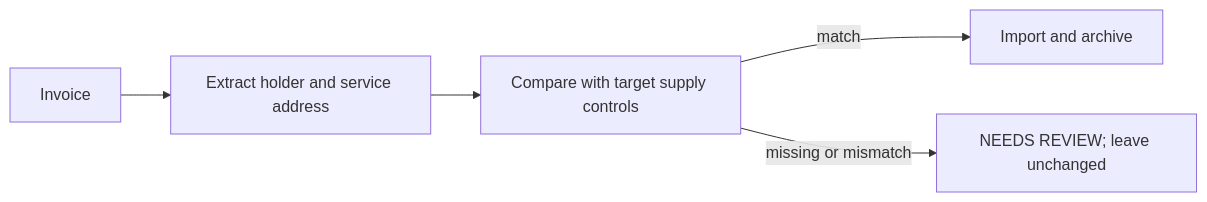
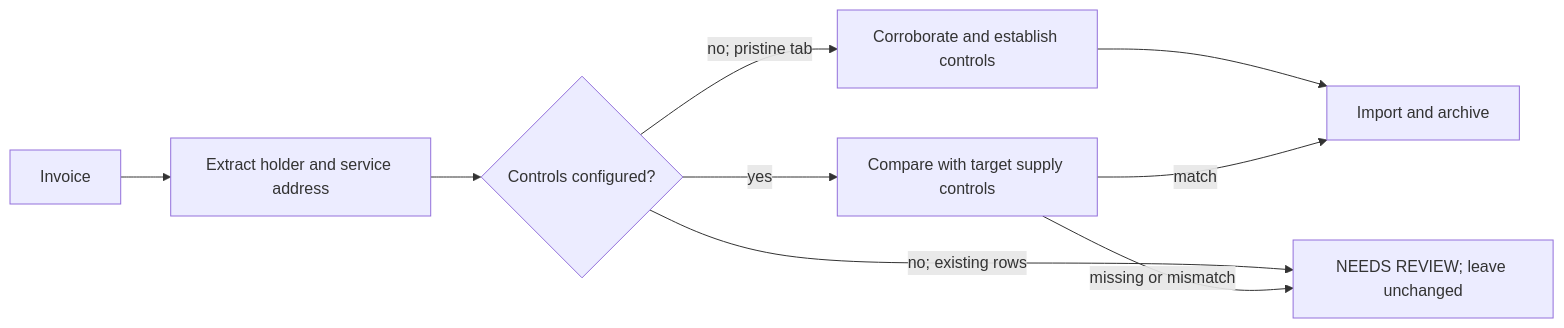
One commit to marcomc/Google-Drive-Utilities-Cataloger changed the third of 3 diagrams in docs/OPERATIONS.md. Above: the diagram before and after it, drawn with Mermaid. The commit also changed other lines of this file and 10 other files, not shown here.

First line of the commit message:
feat: establish service identity controls and improve localization

````diff
--- a/docs/OPERATIONS.md
+++ b/docs/OPERATIONS.md
@@ -58,7 +58,11 @@
 ```mermaid
 flowchart LR
   invoice["Invoice"] --> extract["Extract holder and service address"]
-  extract --> compare["Compare with target supply controls"]
+  extract --> state{"Controls configured?"}
+  state -- "yes" --> compare["Compare with target supply controls"]
+  state -- "no; pristine tab" --> bootstrap["Corroborate and establish controls"]
+  state -- "no; existing rows" --> review["NEEDS REVIEW; leave unchanged"]
+  bootstrap --> import["Import and archive"]
   compare -- "match" --> import["Import and archive"]
   compare -- "missing or mismatch" --> review["NEEDS REVIEW; leave unchanged"]
 ```
````
